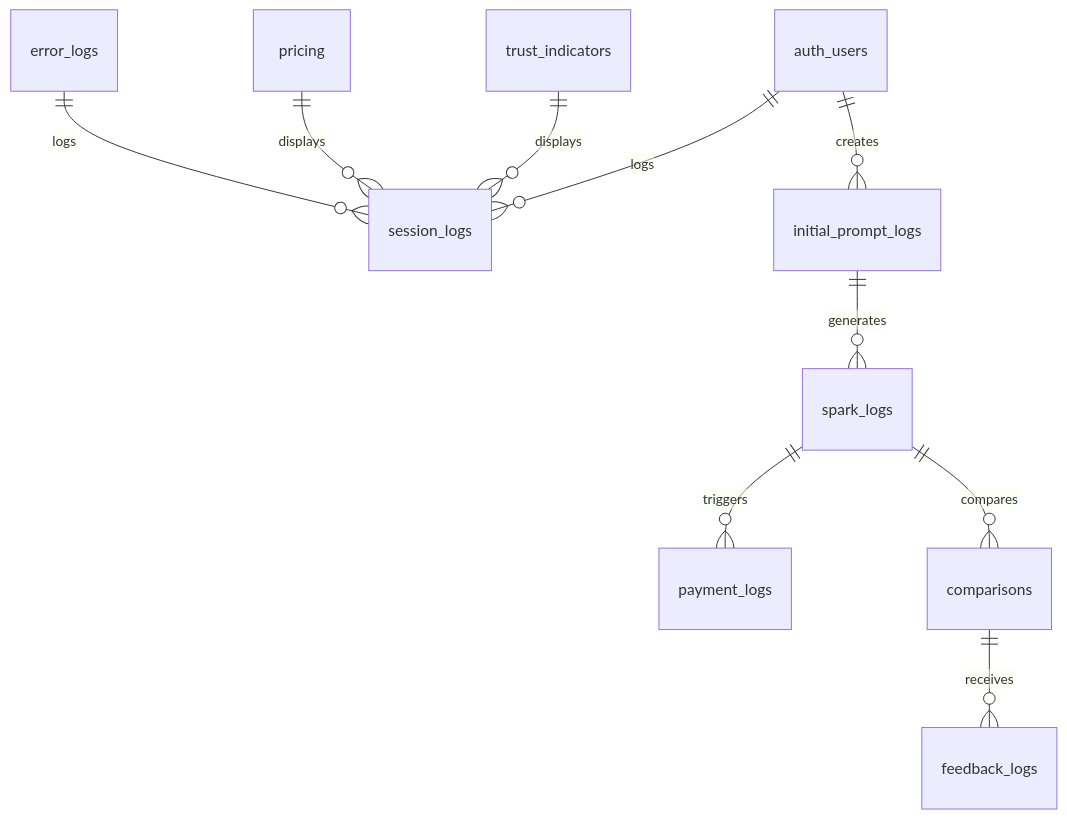
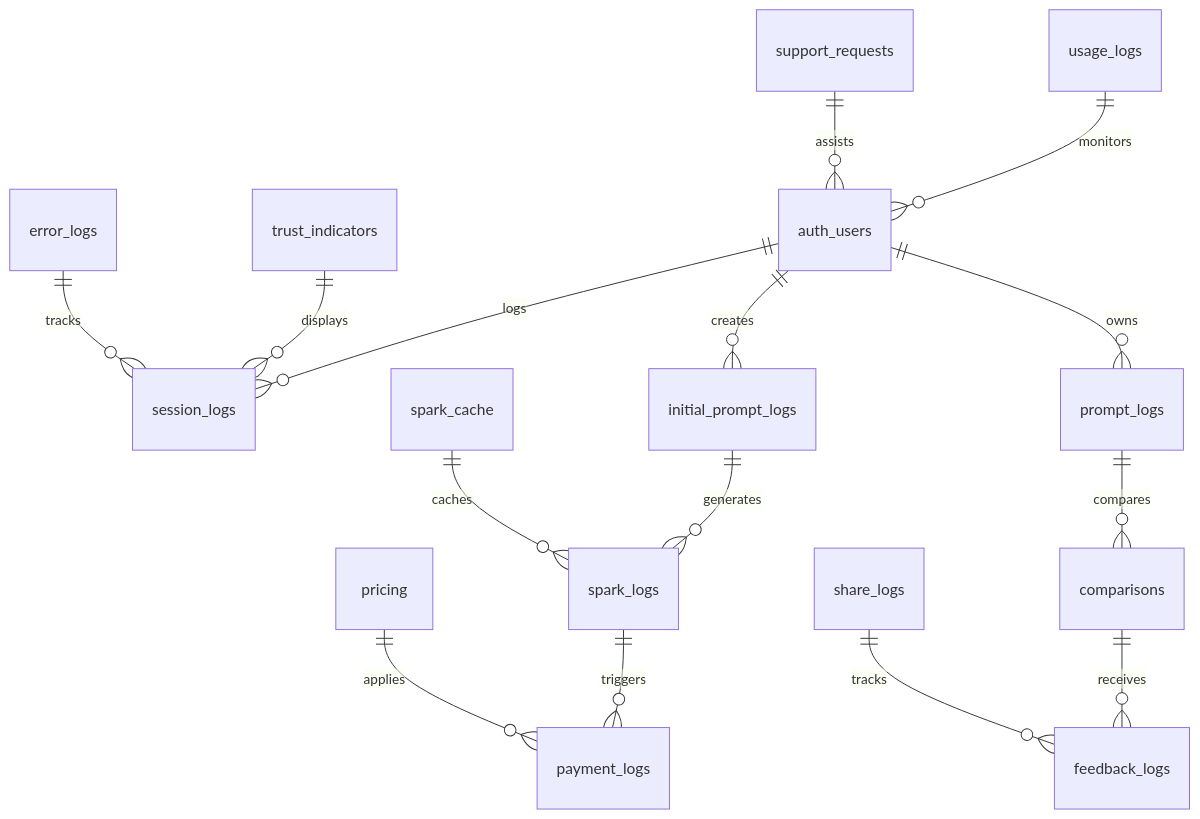
The diagram in docs/data-model-schema.md (CanAISolutions/canai-platform), drawn with Mermaid before and after one commit. The commit also changed other lines of this file and 160 other files, not shown here.

````diff
--- a/docs/data-model-schema.md
+++ b/docs/data-model-schema.md
@@ -18,12 +19,17 @@
 ```mermaid
 erDiagram
     auth_users ||--o{ session_logs : "logs"
     auth_users ||--o{ initial_prompt_logs : "creates"
+    auth_users ||--o{ prompt_logs : "owns"
     initial_prompt_logs ||--o{ spark_logs : "generates"
     spark_logs ||--o{ payment_logs : "triggers"
-    spark_logs ||--o{ comparisons : "compares"
+    prompt_logs ||--o{ comparisons : "compares"
     comparisons ||--o{ feedback_logs : "receives"
     trust_indicators ||--o{ session_logs : "displays"
-    pricing ||--o{ session_logs : "displays"
-    error_logs ||--o{ session_logs : "logs"
+    pricing ||--o{ payment_logs : "applies"
+    error_logs ||--o{ session_logs : "tracks"
+    spark_cache ||--o{ spark_logs : "caches"
+    usage_logs ||--o{ auth_users : "monitors"
+    share_logs ||--o{ feedback_logs : "tracks"
+    support_requests ||--o{ auth_users : "assists"
 ```
````
